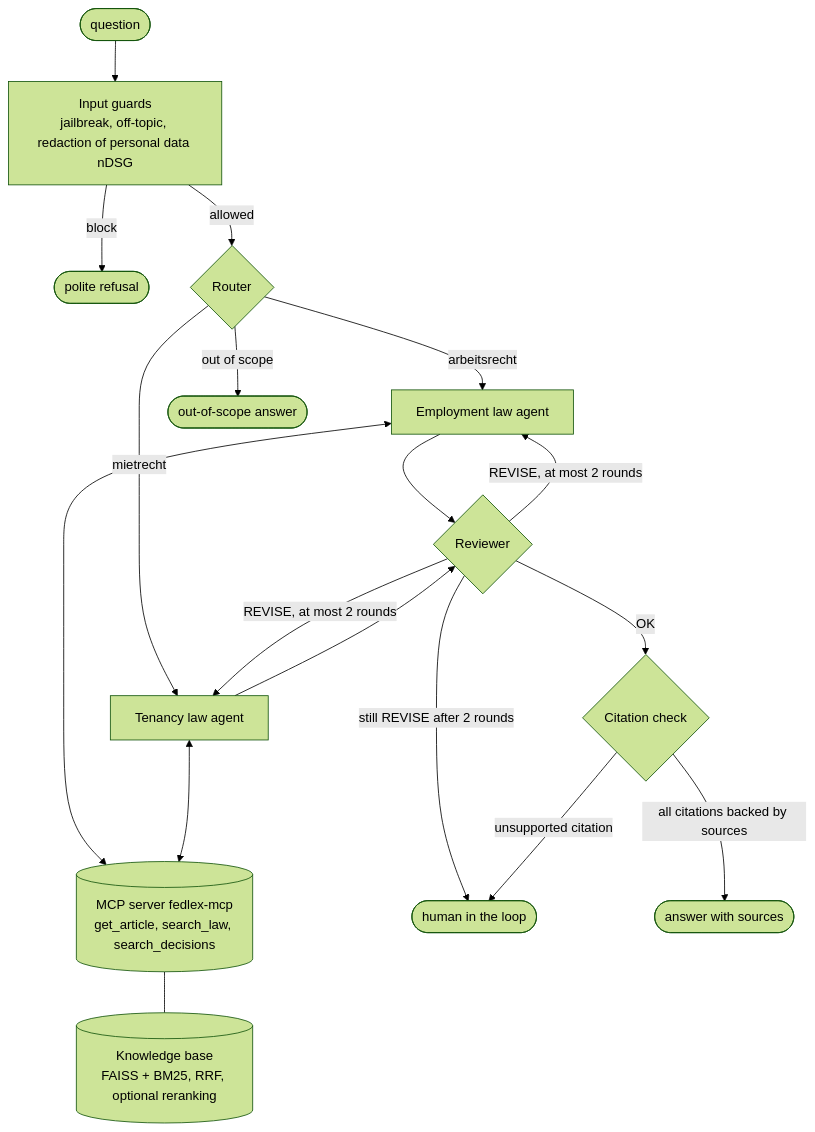
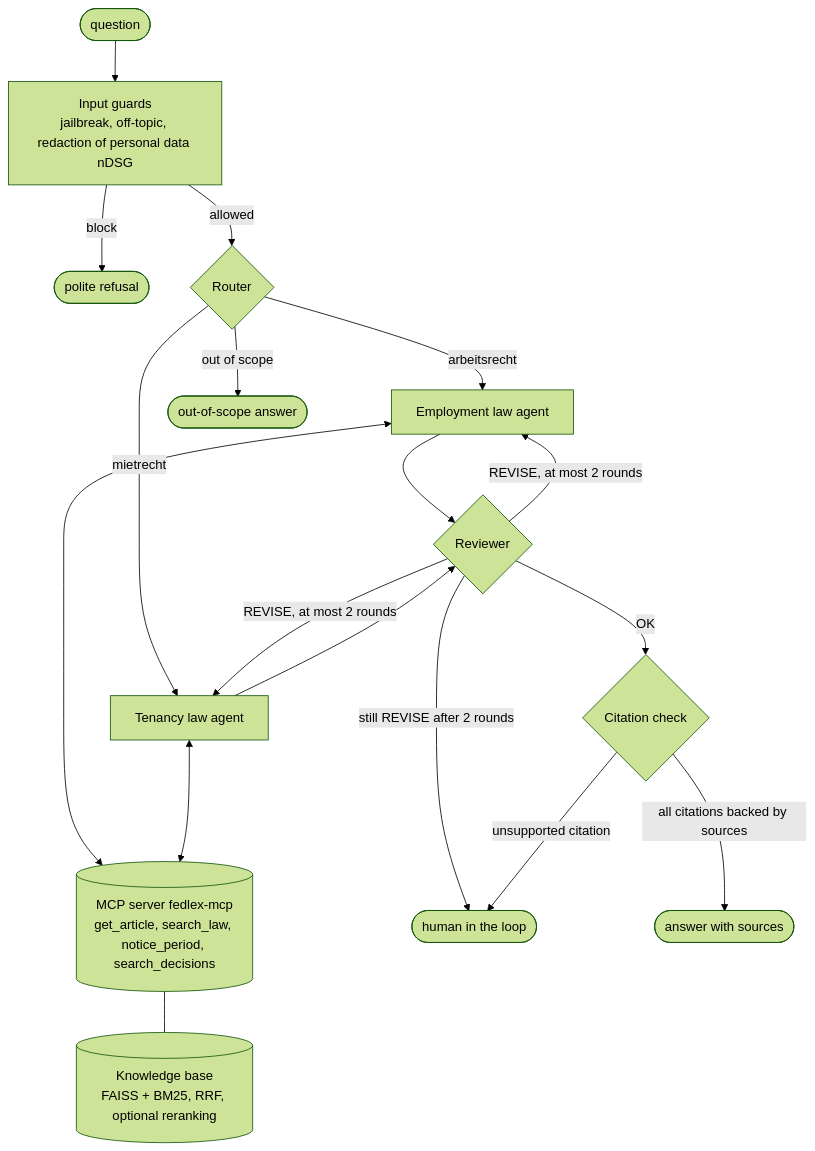
One commit to tim931451/swiss-legal-agent changed the first of 2 diagrams in docs/architecture.md. Above: the diagram before and after it, drawn with Mermaid (forest theme). The commit also changed 4 other files, not shown here.

````diff
--- a/docs/architecture.md
+++ b/docs/architecture.md
@@ -12,20 +12,20 @@
 ```mermaid
 flowchart TD
     Q([question]) --> IG[Input guards<br/>jailbreak, off-topic, redaction of personal data nDSG]
     IG -- block --> REF([polite refusal])
     IG -- allowed --> R{Router}
     R -- arbeitsrecht --> EA[Employment law agent]
     R -- mietrecht --> TA[Tenancy law agent]
     R -- out of scope --> OOS([out-of-scope answer])
-    EA <--> MCP[(MCP server fedlex-mcp<br/>get_article, search_law, search_decisions)]
+    EA <--> MCP[(MCP server fedlex-mcp<br/>get_article, search_law, notice_period, search_decisions)]
     TA <--> MCP
     MCP --- KB[(Knowledge base<br/>FAISS + BM25, RRF, optional reranking)]
     EA --> RV{Reviewer}
     TA --> RV
     RV -- REVISE, at most 2 rounds --> EA
     RV -- REVISE, at most 2 rounds --> TA
     RV -- OK --> CC{Citation check}
     RV -- still REVISE after 2 rounds --> H([human in the loop])
     CC -- all citations backed by sources --> A([answer with sources])
     CC -- unsupported citation --> H
 ```
````
